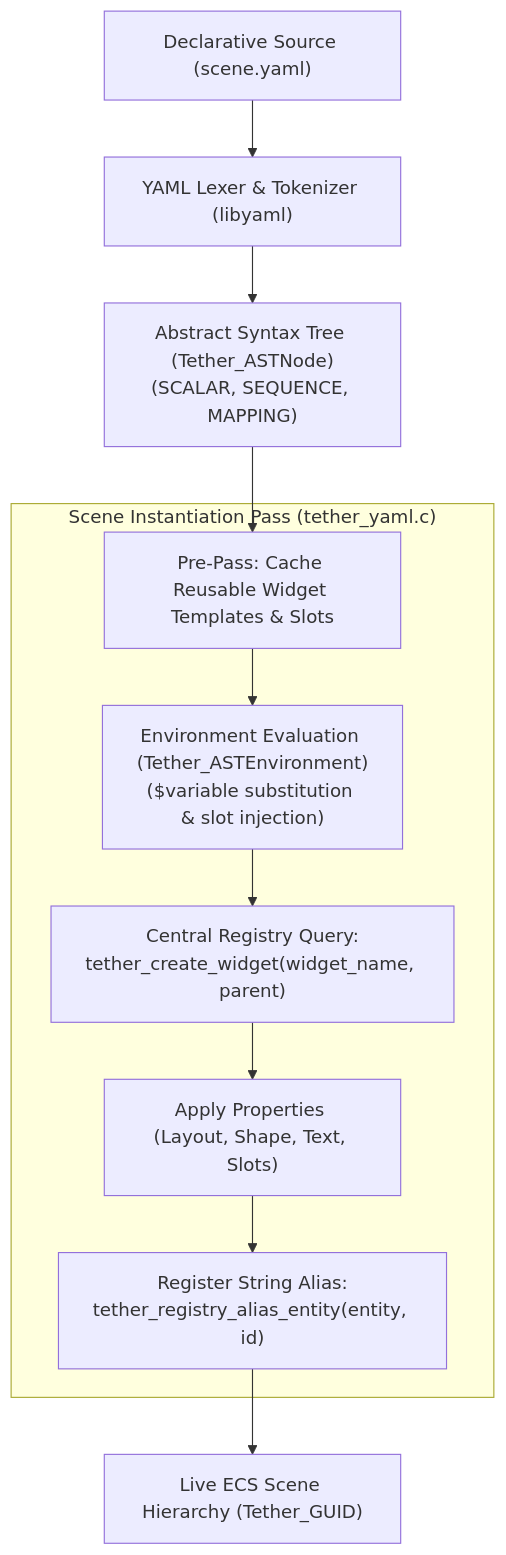
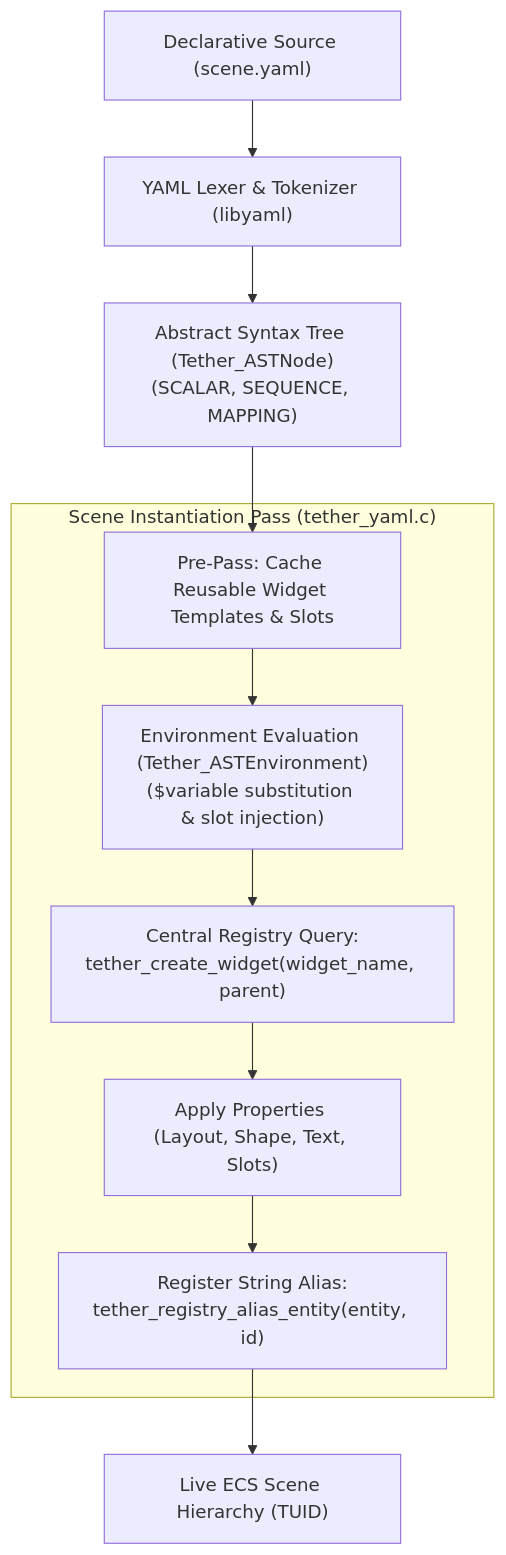
Before and after one commit to Yuvi-GD/Tether: the first of 3 diagrams in docs/technical/10_ui_definitions_and_parsing.md, drawn with Mermaid. The commit also changed other lines of this file and 84 other files, not shown here.

Commit message:
refactor(core): rename Tether_GUID to TUID across codebase and documentation

````diff
--- a/docs/technical/10_ui_definitions_and_parsing.md
+++ b/docs/technical/10_ui_definitions_and_parsing.md
@@ -23,20 +23,20 @@
 ```mermaid
 flowchart TD
     YAMLFile["Declarative Source (scene.yaml)"] --> Lexer["YAML Lexer & Tokenizer (libyaml)"]
     Lexer --> AST["Abstract Syntax Tree (Tether_ASTNode)\n(SCALAR, SEQUENCE, MAPPING)"]
     
     subgraph Instantiation["Scene Instantiation Pass (tether_yaml.c)"]
         PrePass["Pre-Pass: Cache Reusable Widget Templates & Slots"]
         Env["Environment Evaluation (Tether_ASTEnvironment)\n($variable substitution & slot injection)"]
         RegQuery["Central Registry Query:\ntether_create_widget(widget_name, parent)"]
         ApplyProps["Apply Properties (Layout, Shape, Text, Slots)"]
         AliasReg["Register String Alias:\ntether_registry_alias_entity(entity, id)"]
     end
 
     AST --> PrePass
     PrePass --> Env
     Env --> RegQuery
     RegQuery --> ApplyProps
     ApplyProps --> AliasReg
-    AliasReg --> LiveScene["Live ECS Scene Hierarchy (Tether_GUID)"]
+    AliasReg --> LiveScene["Live ECS Scene Hierarchy (TUID)"]
 ```
````
